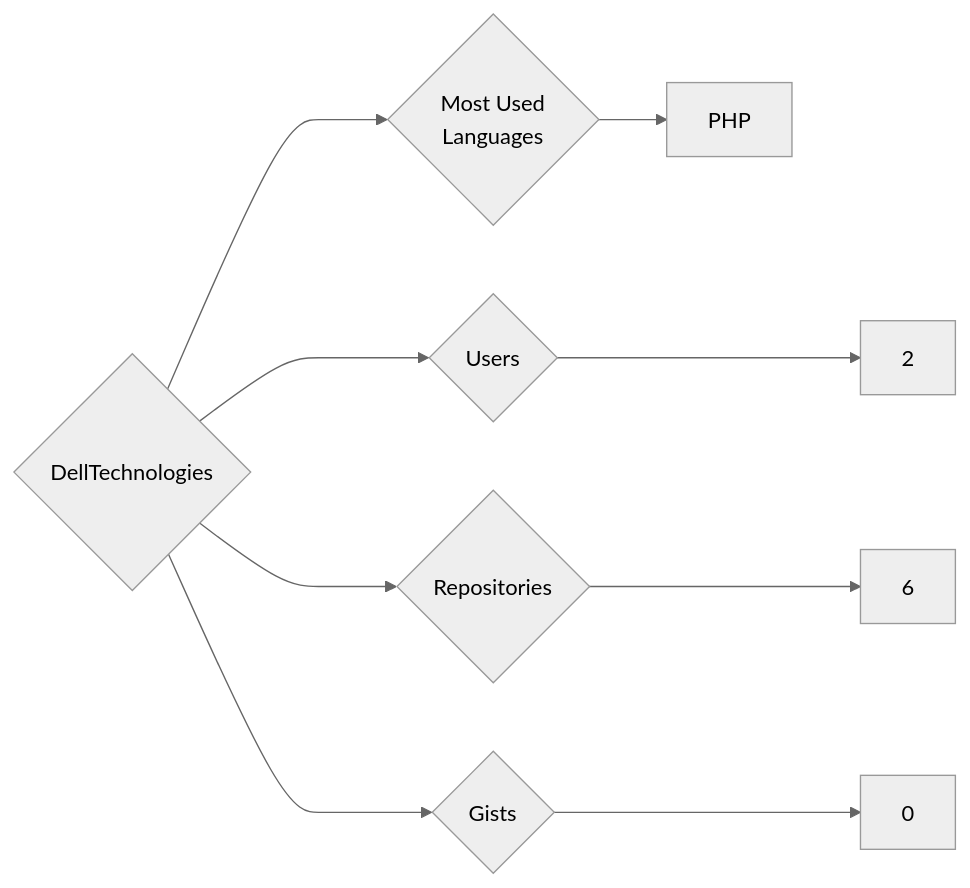
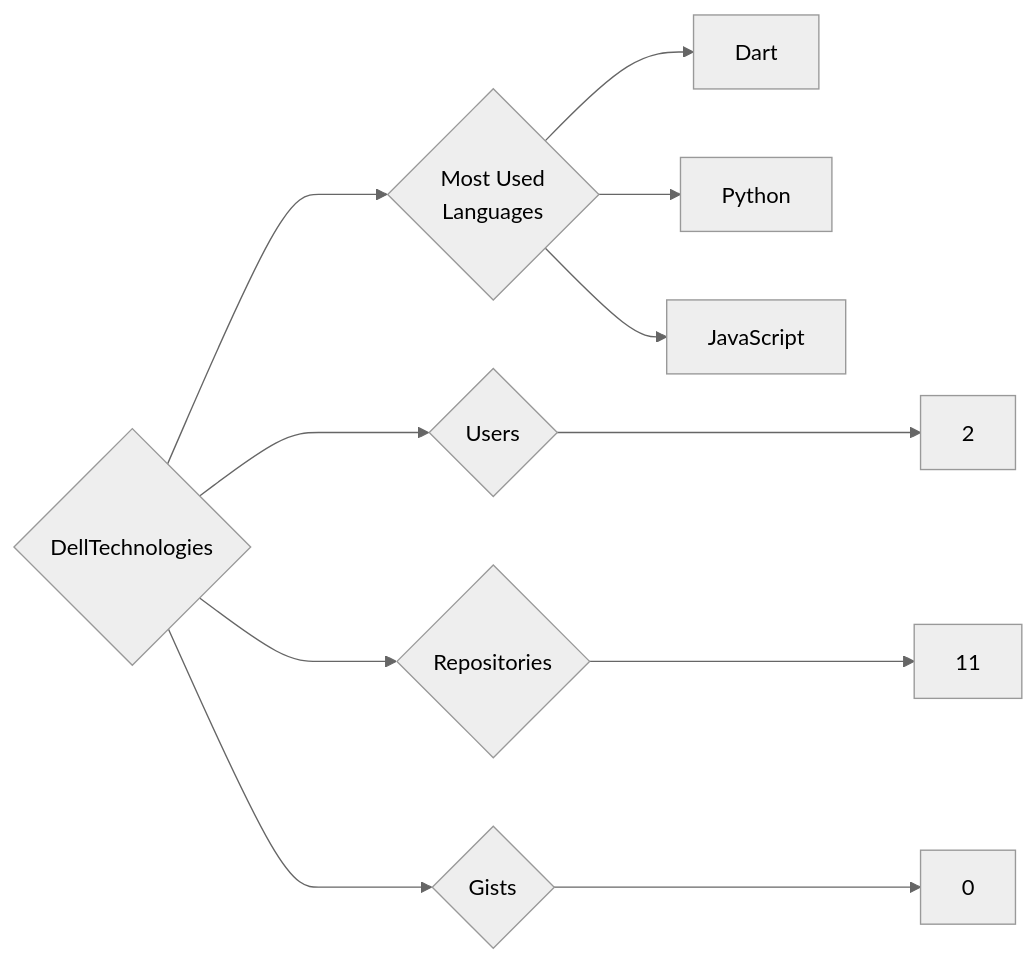
The diagram in targets/DellTechnologies/README.md (trickest/insiders), drawn with Mermaid (neutral theme) before and after one commit. The commit also changed 997 other files, not shown here.

````diff
--- a/targets/DellTechnologies/README.md
+++ b/targets/DellTechnologies/README.md
@@ -3,9 +3,11 @@
 ```mermaid
 graph LR
 COMPANY_NAME{DellTechnologies}
 COMPANY_NAME ---> U{Users} ---> UN[2]
-COMPANY_NAME ---> R{Repositories} ---> RN[6]
+COMPANY_NAME ---> R{Repositories} ---> RN[11]
 COMPANY_NAME ---> G{Gists} ---> GN[0]
 COMPANY_NAME ---> ML{Most Used<br>Languages}
-ML --> PHP[PHP]
+ML --> Dart[Dart]
+ML --> Python[Python]
+ML --> JavaScript[JavaScript]
 ```
````
